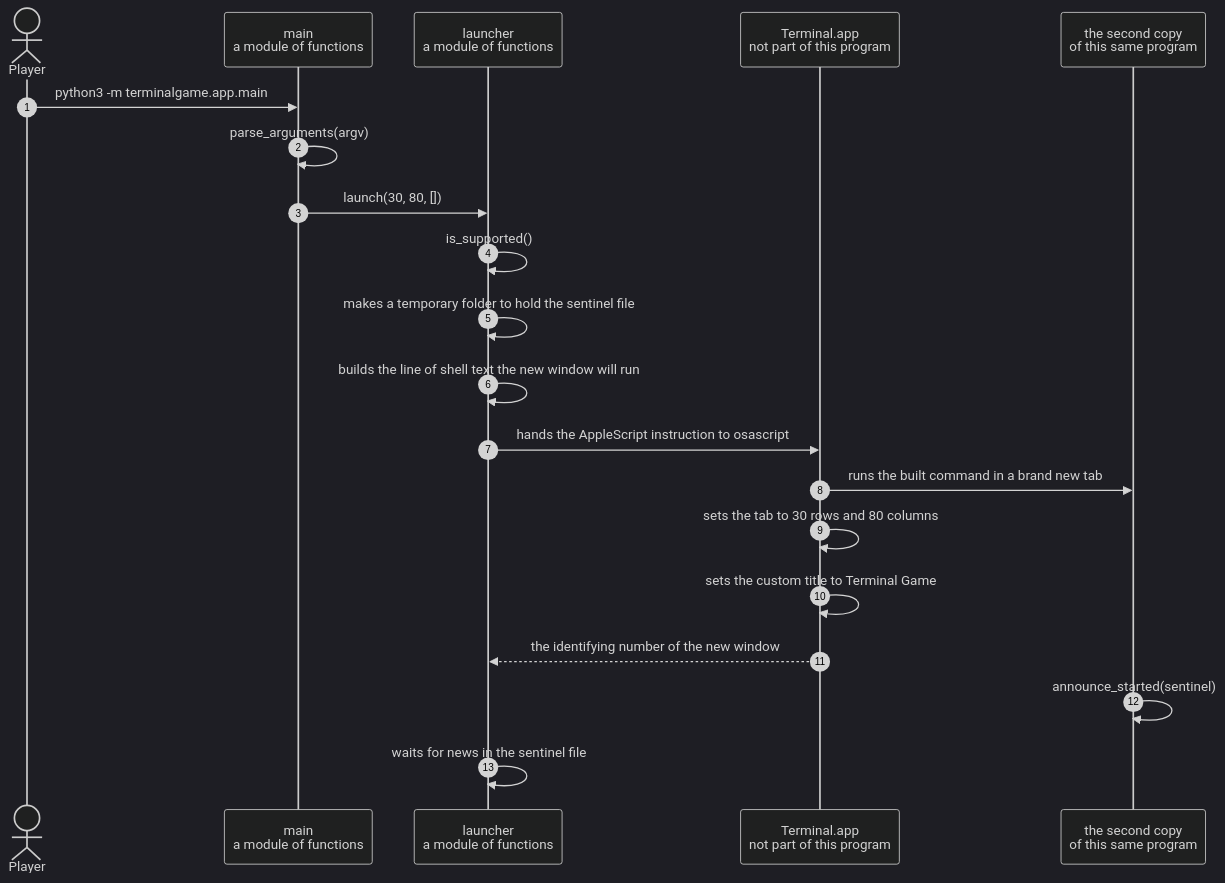
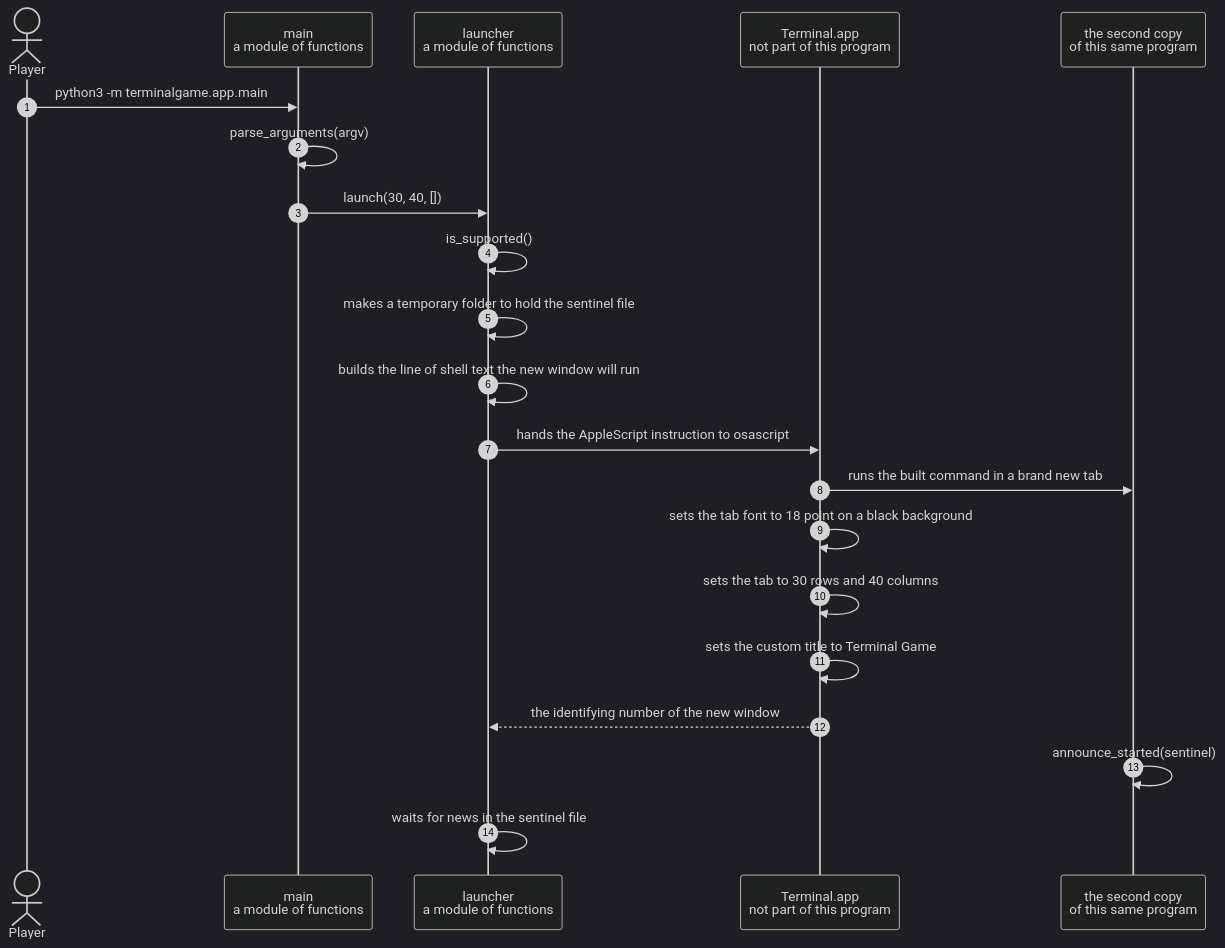
One commit to replicant1/TerminalGame changed the diagram in docs/the-launcher-opens-the-game-in-its-own-terminal-window.md. Above: the diagram before and after it, drawn with Mermaid (dark theme). The commit also changed other lines of this file and 10 other files, not shown here.

````diff
--- a/docs/the-launcher-opens-the-game-in-its-own-terminal-window.md
+++ b/docs/the-launcher-opens-the-game-in-its-own-terminal-window.md
@@ -49,23 +49,24 @@
 ```mermaid
 sequenceDiagram
     autonumber
     actor Player
     participant Main as main<br/>a module of functions
     participant Launcher as launcher<br/>a module of functions
     participant Terminal as Terminal.app<br/>not part of this program
     participant Child as the second copy<br/>of this same program
 
     Player->>Main: python3 -m terminalgame.app.main
     Main->>Main: parse_arguments(argv)
-    Main->>Launcher: launch(30, 80, [])
+    Main->>Launcher: launch(30, 40, [])
     Launcher->>Launcher: is_supported()
     Launcher->>Launcher: makes a temporary folder to hold the sentinel file
     Launcher->>Launcher: builds the line of shell text the new window will run
     Launcher->>Terminal: hands the AppleScript instruction to osascript
     Terminal->>Child: runs the built command in a brand new tab
-    Terminal->>Terminal: sets the tab to 30 rows and 80 columns
+    Terminal->>Terminal: sets the tab font to 18 point on a black background
+    Terminal->>Terminal: sets the tab to 30 rows and 40 columns
     Terminal->>Terminal: sets the custom title to Terminal Game
     Terminal-->>Launcher: the identifying number of the new window
     Child->>Child: announce_started(sentinel)
     Launcher->>Launcher: waits for news in the sentinel file
 ```
````
